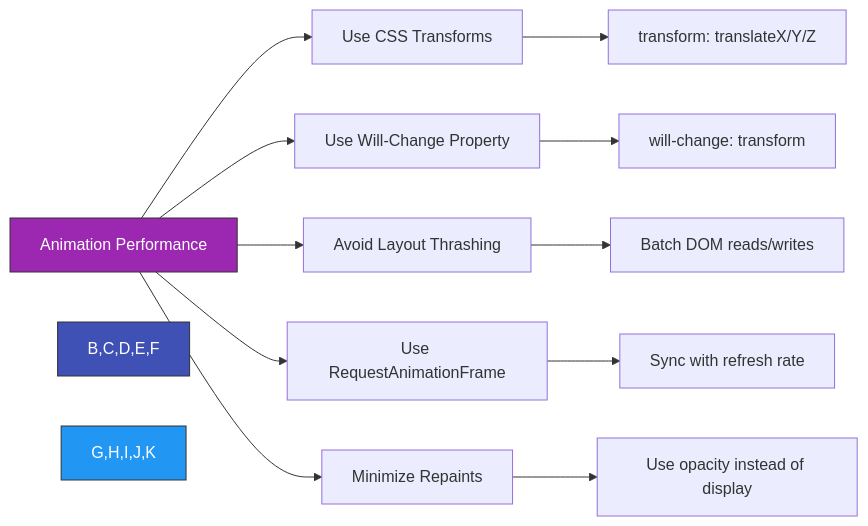
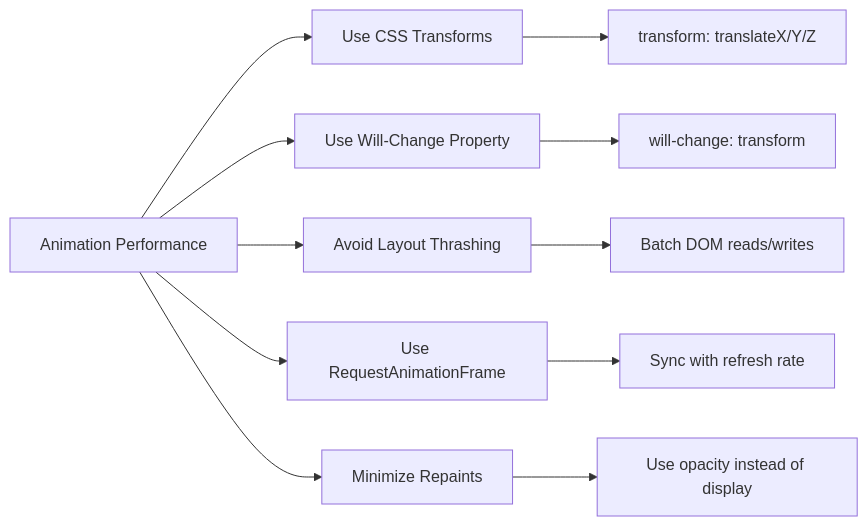
One commit to mohjak/sc-dof changed diagram 13 of 13 in .qoder/repowiki/en/content/Component Reference/UI Component Library/Dialog & Drawer Components.md. Above: the diagram before and after it, drawn with Mermaid. The commit also changed other lines of this file and 68 other files, not shown here.

First line of the commit message:
docs(docs): update component architecture docs with markdown formatting fixes

````diff
--- a/.qoder/repowiki/en/content/Component Reference/UI Component Library/Dialog & Drawer Components.md
+++ b/.qoder/repowiki/en/content/Component Reference/UI Component Library/Dialog & Drawer Components.md
@@ -379,16 +361,13 @@
 ```mermaid
 flowchart LR
 A[Animation Performance] --> B[Use CSS Transforms]
 A --> C[Use Will-Change Property]
 A --> D[Avoid Layout Thrashing]
 A --> E[Use RequestAnimationFrame]
 A --> F[Minimize Repaints]
 B --> G[transform: translateX/Y/Z]
 C --> H[will-change: transform]
 D --> I[Batch DOM reads/writes]
 E --> J[Sync with refresh rate]
 F --> K[Use opacity instead of display]
-style A fill:#9C27B0,stroke:#333,color:white
-style B,C,D,E,F fill:#3F51B5,stroke:#333,color:white
-style G,H,I,J,K fill:#2196F3,stroke:#333,color:white
 ```
````
